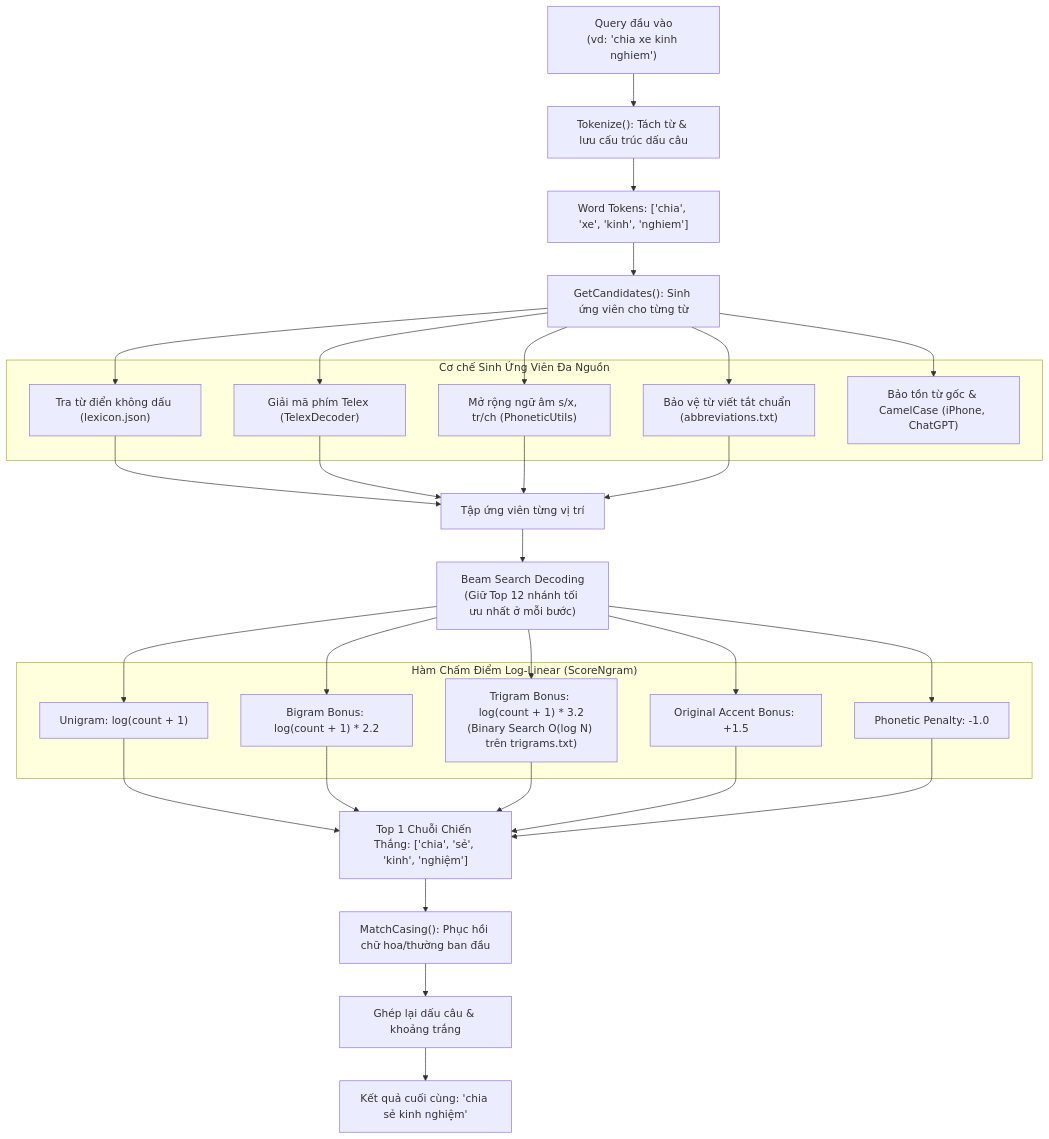
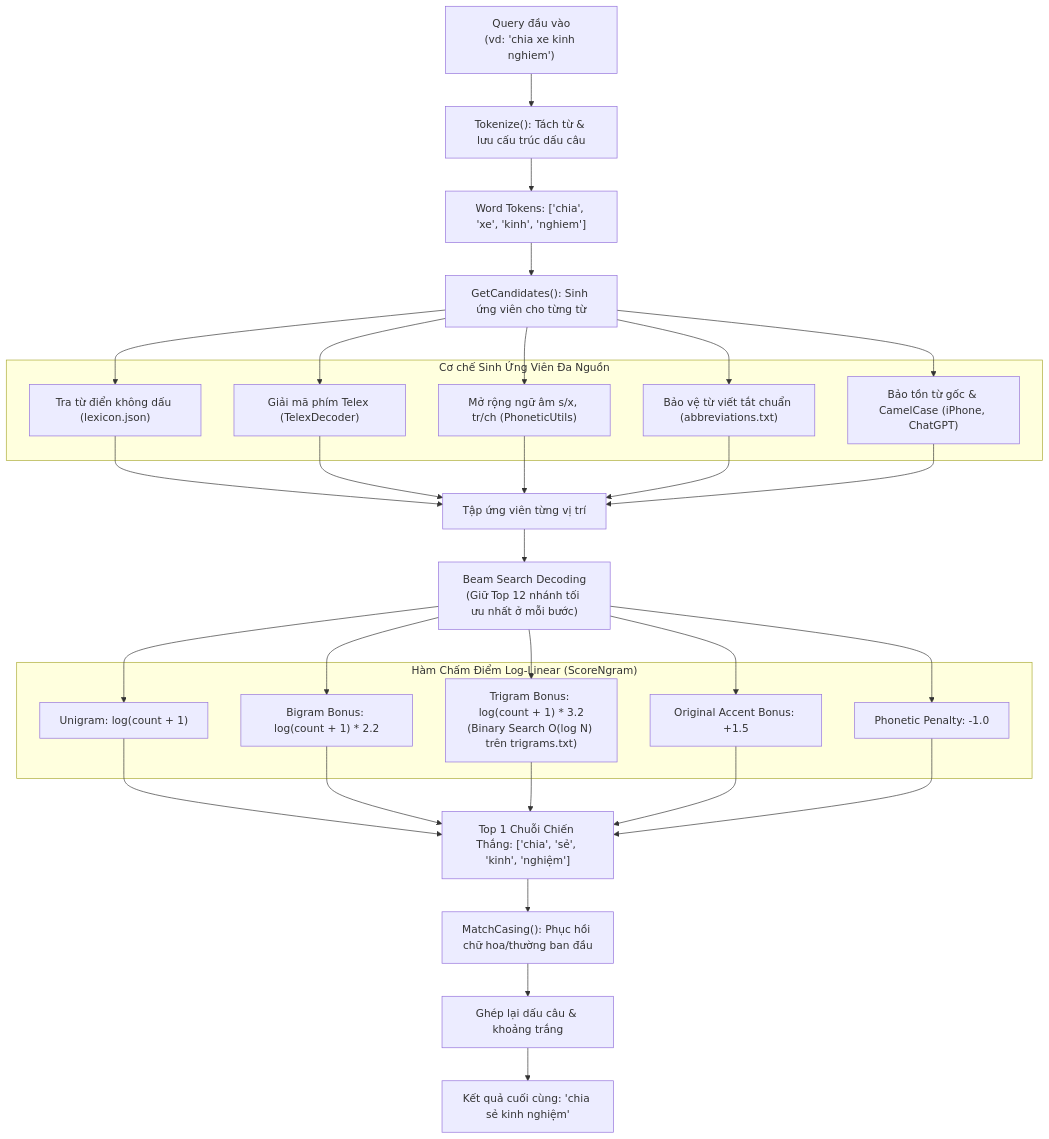
Before and after one commit to swcuongtran/cuongvaphuonganh: the diagram in README.md, drawn with Mermaid. The commit also changed other lines of this file and 14 other files, not shown here.

````diff
--- a/README.md
+++ b/README.md
@@ -43,34 +45,34 @@
 ```mermaid
 flowchart TD
     A["Query đầu vào<br/>(vd: 'chia xe kinh nghiem')"] --> B["Tokenize(): Tách từ & lưu cấu trúc dấu câu"]
     B --> C["Word Tokens: ['chia', 'xe', 'kinh', 'nghiem']"]
     
     C --> D["GetCandidates(): Sinh ứng viên cho từng từ"]
     subgraph Sinh_Ung_Vien ["Cơ chế Sinh Ứng Viên Đa Nguồn"]
         D1["Tra từ điển không dấu (lexicon.json)"]
         D2["Giải mã phím Telex (TelexDecoder)"]
         D3["Mở rộng ngữ âm s/x, tr/ch (PhoneticUtils)"]
         D4["Bảo vệ từ viết tắt chuẩn (abbreviations.txt)"]
         D5["Bảo tồn từ gốc & CamelCase (iPhone, ChatGPT)"]
     end
     D --> D1 & D2 & D3 & D4 & D5
     
-    D1 & D2 & D3 & D4 --> E["Tập ứng viên từng vị trí"]
+    D1 & D2 & D3 & D4 & D5 --> E["Tập ứng viên từng vị trí"]
     
     E --> F["Beam Search Decoding<br/>(Giữ Top 12 nhánh tối ưu nhất ở mỗi bước)"]
     
     subgraph Cham_Diem ["Hàm Chấm Điểm Log-Linear (ScoreNgram)"]
         F1["Unigram: log(count + 1)"]
         F2["Bigram Bonus: log(count + 1) * 2.2"]
         F3["Trigram Bonus: log(count + 1) * 3.2<br/>(Binary Search O(log N) trên trigrams.txt)"]
         F4["Original Accent Bonus: +1.5"]
         F5["Phonetic Penalty: -1.0"]
     end
     F --> F1 & F2 & F3 & F4 & F5
     
     F1 & F2 & F3 & F4 & F5 --> G["Top 1 Chuỗi Chiến Thắng: ['chia', 'sẻ', 'kinh', 'nghiệm']"]
     
     G --> H["MatchCasing(): Phục hồi chữ hoa/thường ban đầu"]
     H --> I["Ghép lại dấu câu & khoảng trắng"]
     I --> J["Kết quả cuối cùng: 'chia sẻ kinh nghiệm'"]
 ```
````
